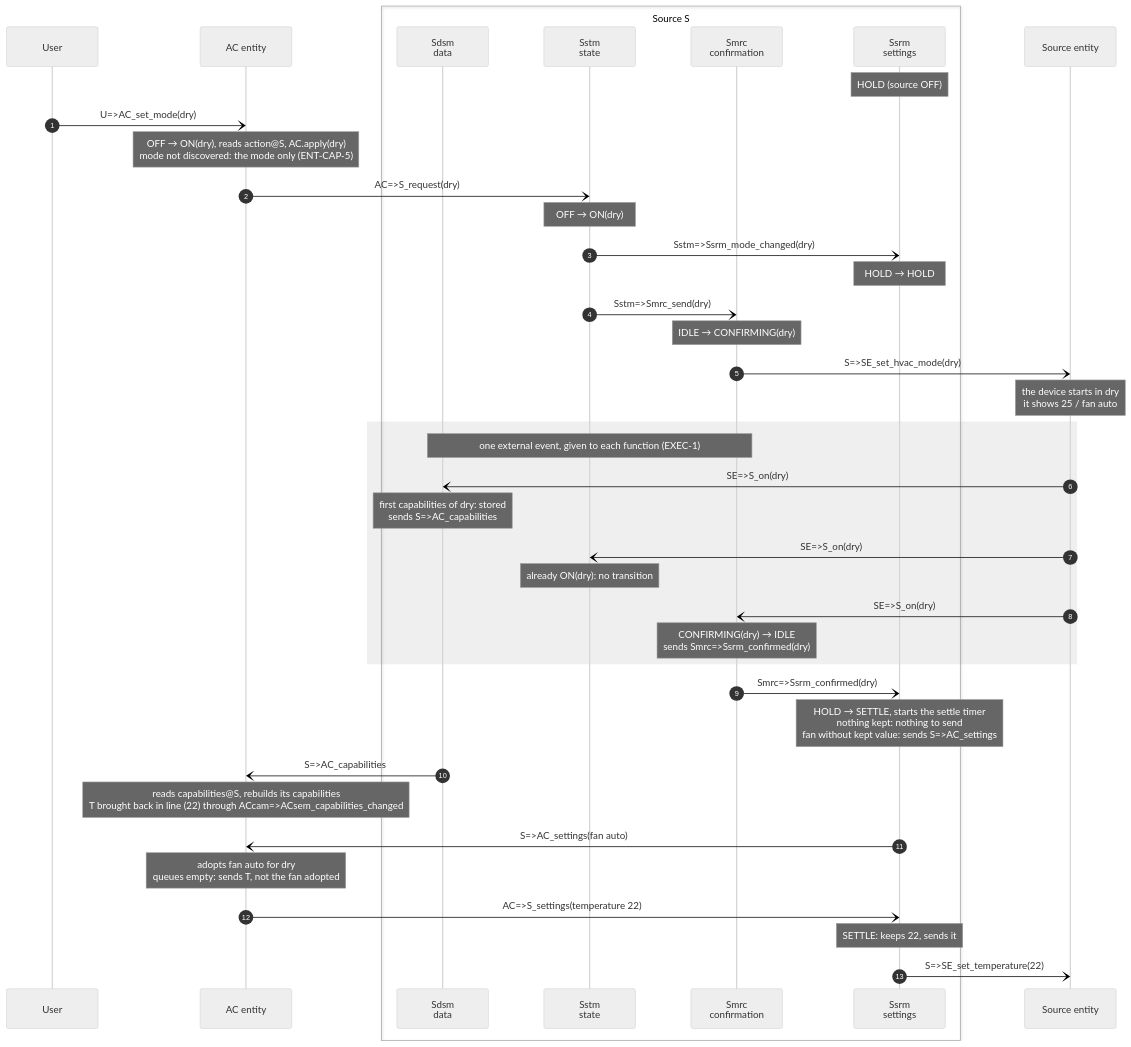
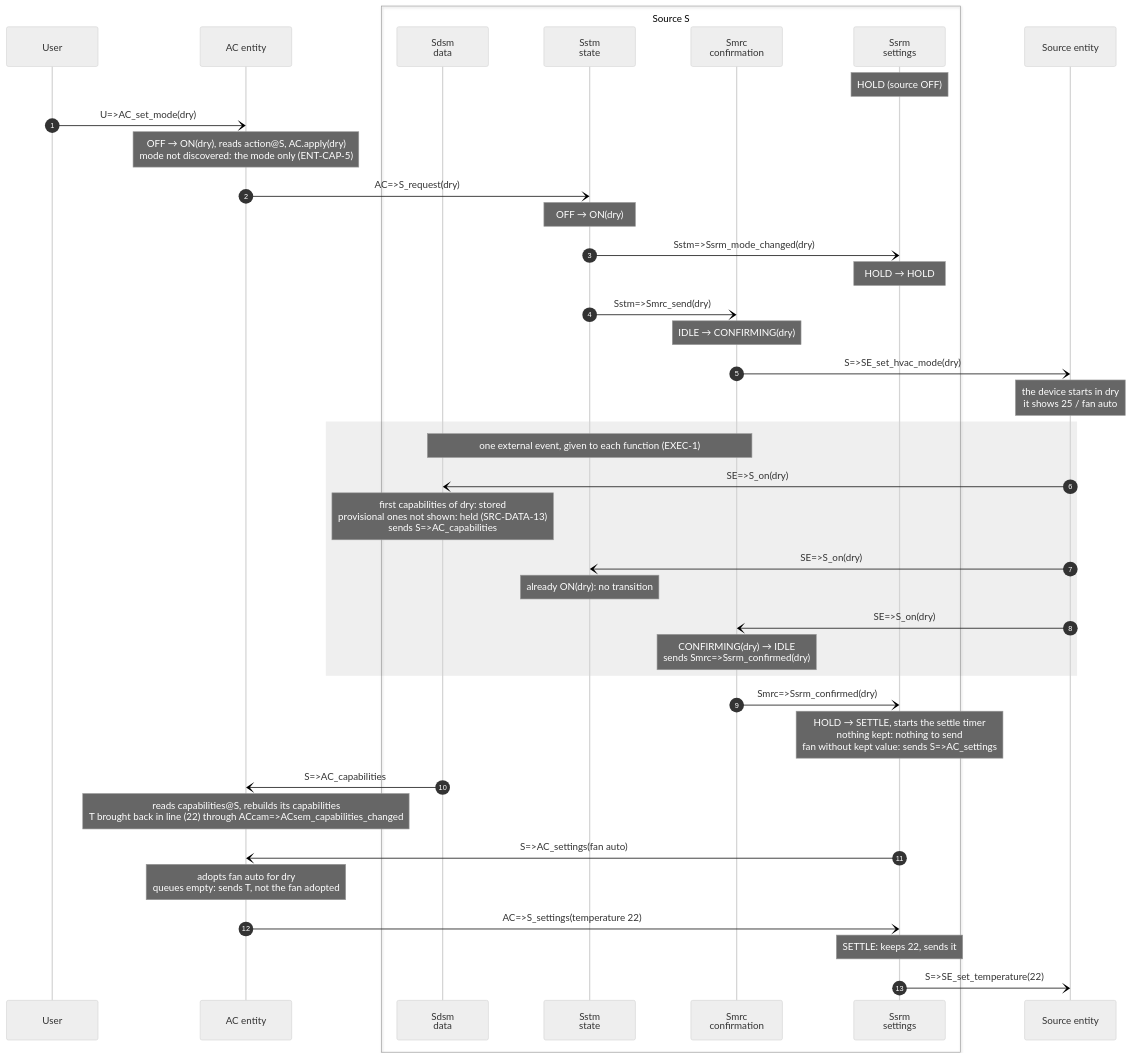
One commit to marsoupilami25/adaptative-climate changed diagram 17 of 21 in documents/SPEC.md. Above: the diagram before and after it, drawn with Mermaid (neutral theme). The commit also changed other lines of this file and 15 other files, not shown here.

````diff
--- a/documents/SPEC.md
+++ b/documents/SPEC.md
@@ -3580,43 +3645,43 @@
 ```mermaid
 sequenceDiagram
     autonumber
     participant U as User
     participant AC as AC entity
     box Source S
         participant Sdsm as Sdsm<br/>data
         participant Sstm as Sstm<br/>state
         participant Smrc as Smrc<br/>confirmation
         participant Ssrm as Ssrm<br/>settings
     end
     participant SE as Source entity
 
     Note over Ssrm: HOLD (source OFF)
     U-)AC: U=>AC_set_mode(dry)
     Note over AC: OFF → ON(dry), reads action@S, AC.apply(dry)<br/>mode not discovered: the mode only (ENT-CAP-5)
     AC-)Sstm: AC=>S_request(dry)
     Note over Sstm: OFF → ON(dry)
     Sstm-)Ssrm: Sstm=>Ssrm_mode_changed(dry)
     Note over Ssrm: HOLD → HOLD
     Sstm-)Smrc: Sstm=>Smrc_send(dry)
     Note over Smrc: IDLE → CONFIRMING(dry)
     Smrc-)SE: S=>SE_set_hvac_mode(dry)
     Note over SE: the device starts in dry<br/>it shows 25 / fan auto
     rect rgba(127, 127, 127, 0.12)
         Note over Sdsm,Smrc: one external event, given to each function (EXEC-1)
         SE-)Sdsm: SE=>S_on(dry)
-        Note over Sdsm: first capabilities of dry: stored<br/>sends S=>AC_capabilities
+        Note over Sdsm: first capabilities of dry: stored<br/>provisional ones not shown: held (SRC-DATA-13)<br/>sends S=>AC_capabilities
         SE-)Sstm: SE=>S_on(dry)
         Note over Sstm: already ON(dry): no transition
         SE-)Smrc: SE=>S_on(dry)
         Note over Smrc: CONFIRMING(dry) → IDLE<br/>sends Smrc=>Ssrm_confirmed(dry)
     end
     Smrc-)Ssrm: Smrc=>Ssrm_confirmed(dry)
     Note over Ssrm: HOLD → SETTLE, starts the settle timer<br/>nothing kept: nothing to send<br/>fan without kept value: sends S=>AC_settings
     Sdsm-)AC: S=>AC_capabilities
     Note over AC: reads capabilities@S, rebuilds its capabilities<br/>T brought back in line (22) through ACcam=>ACsem_capabilities_changed
     Ssrm-)AC: S=>AC_settings(fan auto)
     Note over AC: adopts fan auto for dry<br/>queues empty: sends T, not the fan adopted
     AC-)Ssrm: AC=>S_settings(temperature 22)
     Note over Ssrm: SETTLE: keeps 22, sends it
     Ssrm-)SE: S=>SE_set_temperature(22)
 ```
````
